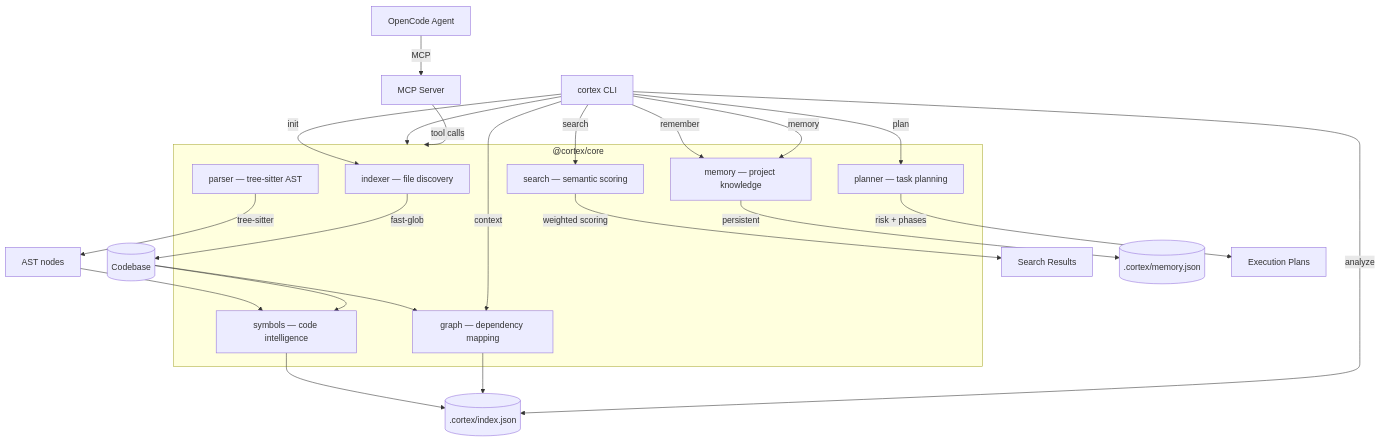
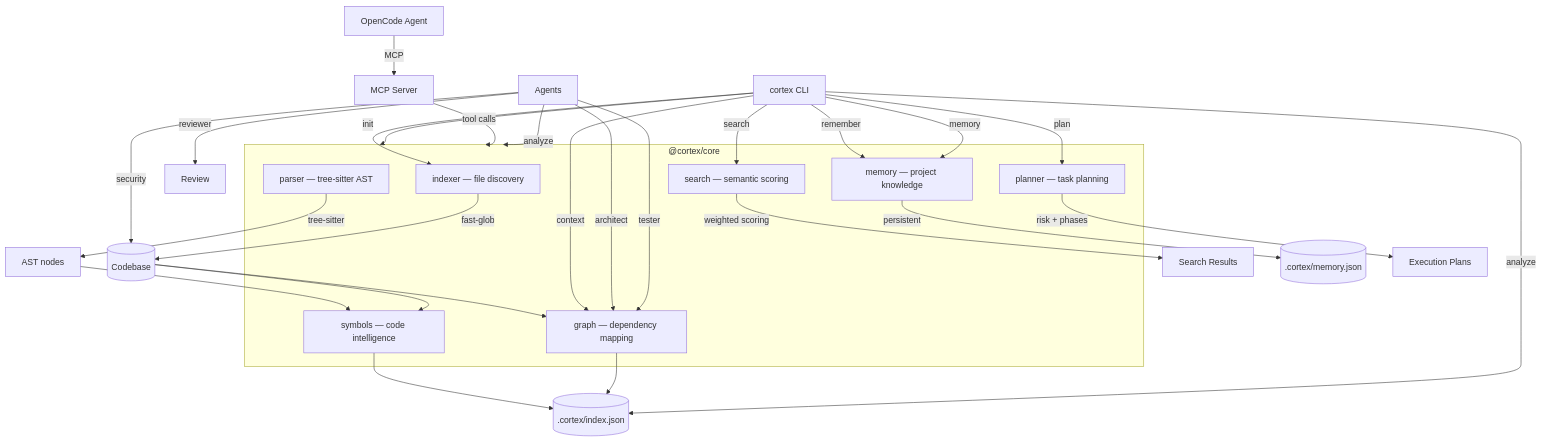
Before and after one commit to benogoulart/Cortex: the diagram in README.md, drawn with Mermaid. The commit also changed other lines of this file, not shown here.

Commit message:
docs: update README with agents feature and architecture

````diff
--- a/README.md
+++ b/README.md
@@ -323,36 +323,41 @@
 ```mermaid
 graph TD
     CLI["cortex CLI"] --> Core["@cortex/core"]
 
     subgraph Core["@cortex/core"]
         Indexer["indexer — file discovery"]
         Parser["parser — tree-sitter AST"]
         Symbols["symbols — code intelligence"]
         Graph["graph — dependency mapping"]
         Search["search — semantic scoring"]
         Memory["memory — project knowledge"]
         Planner["planner — task planning"]
     end
 
     Indexer --> |fast-glob| Files[("Codebase")]
     Parser --> |tree-sitter| AST["AST nodes"]
     AST --> Symbols
     Files --> Symbols
     Symbols --> Index[(".cortex/index.json")]
     Files --> Graph
     Graph --> Index
     Search --> |weighted scoring| Results["Search Results"]
     Memory --> |persistent| MemoryStore[(".cortex/memory.json")]
     Planner --> |risk + phases| Plans["Execution Plans"]
 
     CLI --> |init| Indexer
     CLI --> |analyze| Index
     CLI --> |search| Search
     CLI --> |context| Graph
     CLI --> |remember| Memory
     CLI --> |memory| Memory
     CLI --> |plan| Planner
 
     OpenCode["OpenCode Agent"] --> |MCP| MCP["MCP Server"]
     MCP --> |tool calls| Core
+    Agents --> |analyze| Core
+    Agents --> |architect| Graph
+    Agents --> |reviewer| Review
+    Agents --> |security| Files
+    Agents --> |tester| Graph
 ```
````
